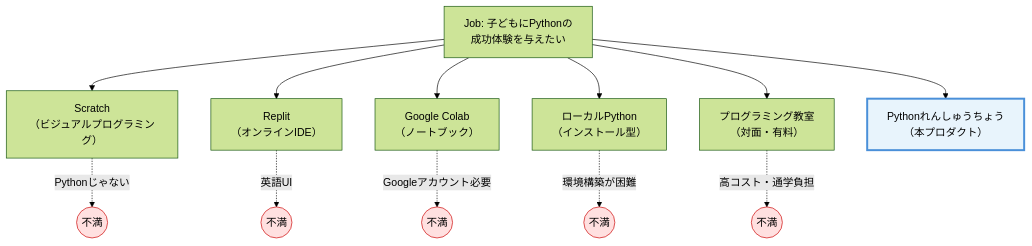
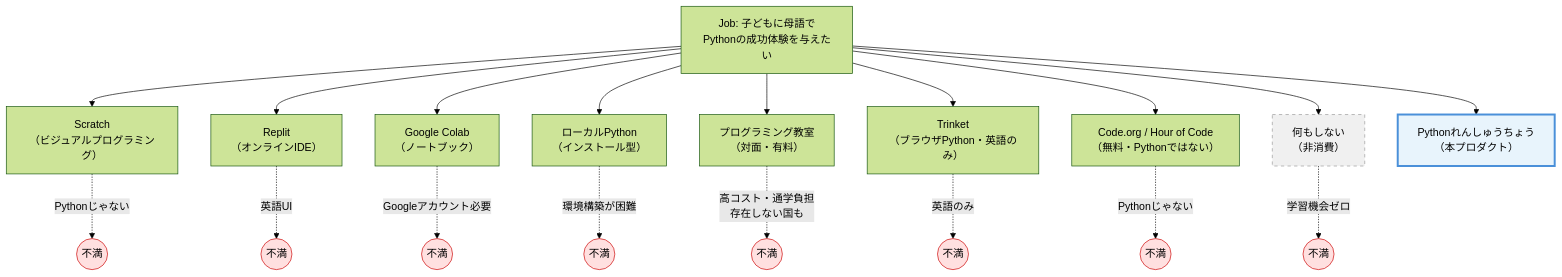
One commit to tatsuro-ueda/kids-python changed the fifth of 17 diagrams in docs/customer-problems.md. Above: the diagram before and after it, drawn with Mermaid (forest theme). The commit also changed other lines of this file and 1 other file, not shown here.

````diff
--- a/docs/customer-problems.md
+++ b/docs/customer-problems.md
@@ -155,24 +163,34 @@
 ```mermaid
 graph TD
-    JOB["Job: 子どもにPythonの<br/>成功体験を与えたい"]
+    JOB["Job: 子どもに母語で<br/>Pythonの成功体験を与えたい"]
 
     JOB --> A["Scratch<br/>（ビジュアルプログラミング）"]
     JOB --> B["Replit<br/>（オンラインIDE）"]
     JOB --> C["Google Colab<br/>（ノートブック）"]
     JOB --> D["ローカルPython<br/>（インストール型）"]
     JOB --> E["プログラミング教室<br/>（対面・有料）"]
+    JOB --> G["Trinket<br/>（ブラウザPython・英語のみ）"]
+    JOB --> H["Code.org / Hour of Code<br/>（無料・Pythonではない）"]
+    JOB --> I["何もしない<br/>（非消費）"]
     JOB --> F["Pythonれんしゅうちょう<br/>（本プロダクト）"]
 
     A -.->|"Pythonじゃない"| X1((不満))
     B -.->|"英語UI"| X2((不満))
     C -.->|"Googleアカウント必要"| X3((不満))
     D -.->|"環境構築が困難"| X4((不満))
-    E -.->|"高コスト・通学負担"| X5((不満))
+    E -.->|"高コスト・通学負担<br/>存在しない国も"| X5((不満))
+    G -.->|"英語のみ"| X6((不満))
+    H -.->|"Pythonじゃない"| X7((不満))
+    I -.->|"学習機会ゼロ"| X8((不満))
 
     style F fill:#e8f4fc,stroke:#4a90d9,stroke-width:3px
+    style I fill:#f0f0f0,stroke:#999,stroke-dasharray: 5 5
     style X1 fill:#ffe0e0,stroke:#cc0000
     style X2 fill:#ffe0e0,stroke:#cc0000
     style X3 fill:#ffe0e0,stroke:#cc0000
     style X4 fill:#ffe0e0,stroke:#cc0000
     style X5 fill:#ffe0e0,stroke:#cc0000
+    style X6 fill:#ffe0e0,stroke:#cc0000
+    style X7 fill:#ffe0e0,stroke:#cc0000
+    style X8 fill:#ffe0e0,stroke:#cc0000
 ```
````
